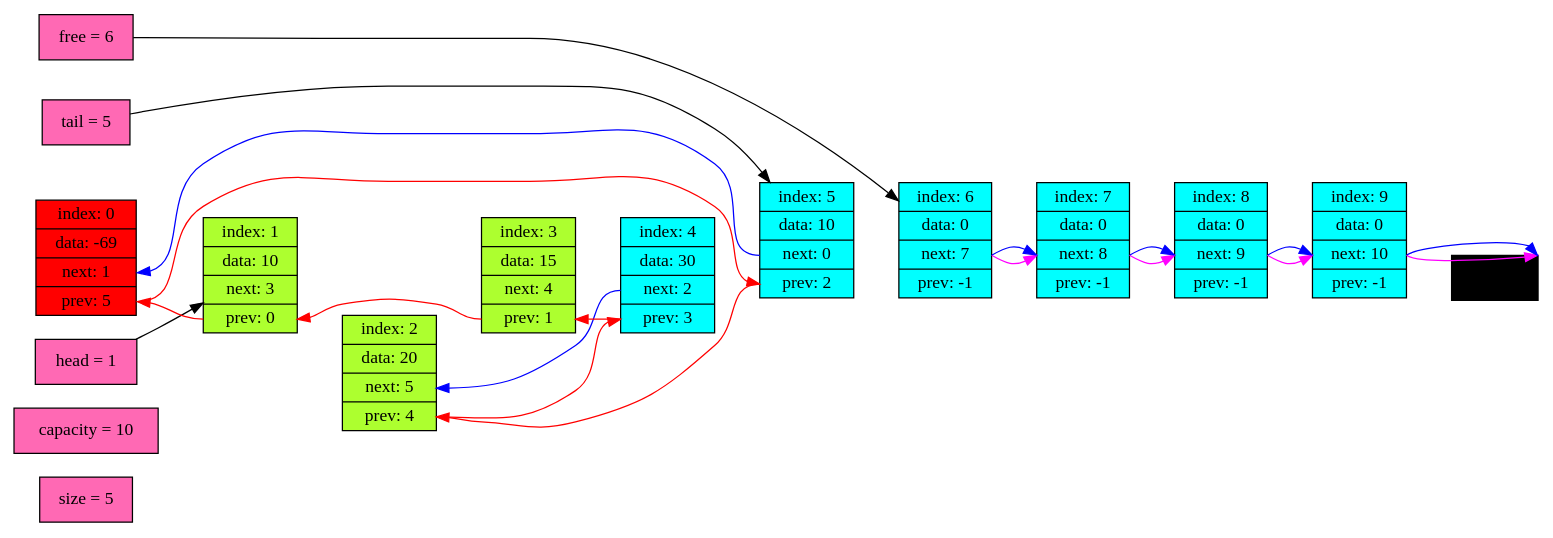
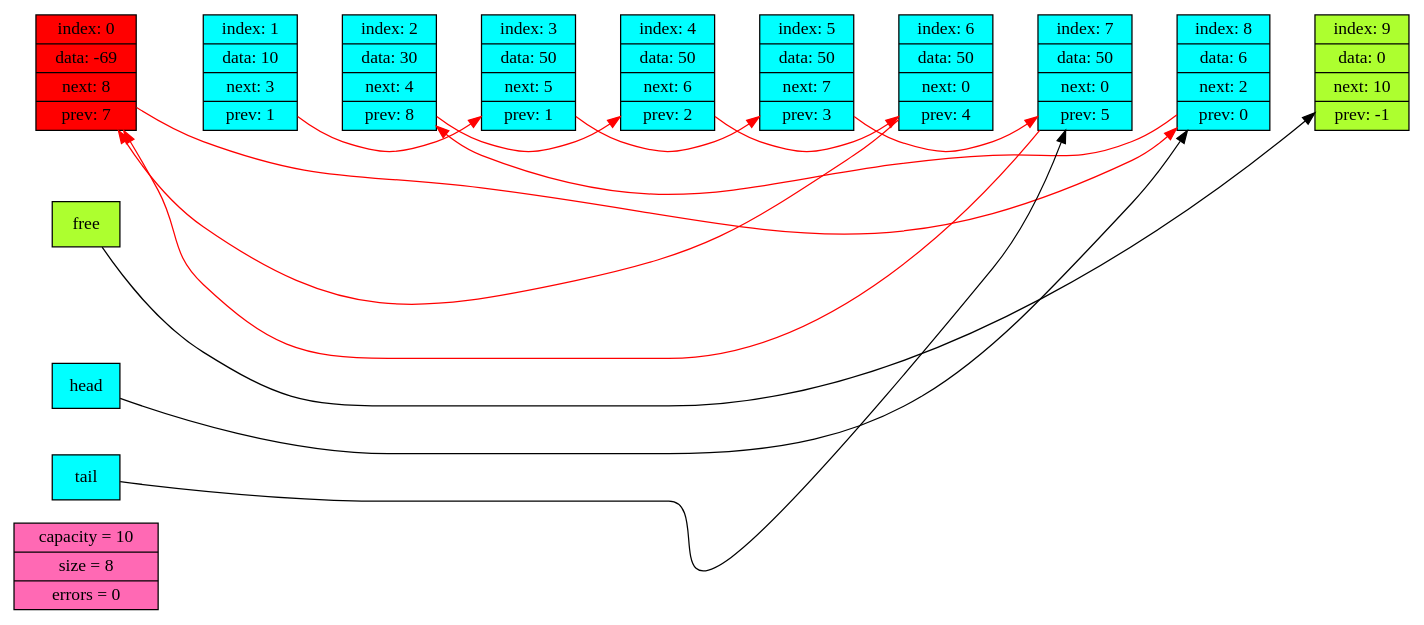
Before and after one commit to egor7531/List: the diagram in Dump.dot, drawn with Graphviz. The commit also changed 5 other files, not shown here.

Commit message:
change graphic dump and add verificator

```diff
--- a/Dump.dot
+++ b/Dump.dot
@@ -1,51 +1,33 @@
 digraph G
 {
 rankdir = LR;
 node [style = "filled", shape = "record", color = "#000000"];
-size [fillcolor = "#FF69B4", label = " size = 5 "];
-capacity [fillcolor = "#FF69B4", label = " capacity = 10 "];
-free [fillcolor = "#FF69B4", label = " free = 6 "];
-head [fillcolor = "#FF69B4", label = " head = 1 "];
-tail [fillcolor = "#FF69B4", label = " tail = 5 "];
-node0 [fillcolor = "#FF0000" label =  " index: 0 | data: -69 | <next> next: 1 | <prev> prev: 5 "];
-node1 [fillcolor = "#ADFF2F", label =  " index: 1 | data: 10 | <next> next: 3 | <prev> prev: 0 "];
-node2 [fillcolor = "#ADFF2F", label =  " index: 2 | data: 20 | <next> next: 5 | <prev> prev: 4 "];
-node3 [fillcolor = "#ADFF2F", label =  " index: 3 | data: 15 | <next> next: 4 | <prev> prev: 1 "];
-node4 [fillcolor = "#00FFFF", label =  " index: 4 | data: 30 | <next> next: 2 | <prev> prev: 3 "];
-node5 [fillcolor = "#00FFFF", label =  " index: 5 | data: 10 | <next> next: 0 | <prev> prev: 2 "];
-node6 [fillcolor = "#00FFFF", label =  " index: 6 | data: 0 | <next> next: 7 | <prev> prev: -1 "];
-node7 [fillcolor = "#00FFFF", label =  " index: 7 | data: 0 | <next> next: 8 | <prev> prev: -1 "];
-node8 [fillcolor = "#00FFFF", label =  " index: 8 | data: 0 | <next> next: 9 | <prev> prev: -1 "];
-node9 [fillcolor = "#00FFFF", label =  " index: 9 | data: 0 | <next> next: 10 | <prev> prev: -1 "];
-edge [style = "invis"];
-node0 -> node1;
-node1 -> node2;
-node2 -> node3;
-node3 -> node4;
-node4 -> node5;
-node5 -> node6;
-node6 -> node7;
-node7 -> node8;
-node8 -> node9;
-edge [style = "solid"];
-node9 :<next> -> node10 :<next> [color = "#FF00FF"];
-node8 :<next> -> node9 :<next> [color = "#FF00FF"];
-node7 :<next> -> node8 :<next> [color = "#FF00FF"];
-node6 :<next> -> node7 :<next> [color = "#FF00FF"];
-node5 :<prev> -> node2 :<prev> [color = "#FF0000"];
-node4 :<next> -> node2 :<next> [color = "#0000FF"];
-node4 :<prev> -> node3 :<prev> [color = "#FF0000"];
-node5 :<next> -> node0 :<next> [color = "#0000FF"];
-node3 :<prev> -> node1 :<prev> [color = "#FF0000"];
-node6 :<next> -> node7 :<next> [color = "#0000FF"];
-node2 :<prev> -> node4 :<prev> [color = "#FF0000"];
-node7 :<next> -> node8 :<next> [color = "#0000FF"];
-node1 :<prev> -> node0 :<prev> [color = "#FF0000"];
-node8 :<next> -> node9 :<next> [color = "#0000FF"];
-node0 :<prev> -> node5 :<prev> [color = "#FF0000"];
-node9 :<next> -> node10 :<next> [color = "#0000FF"];
-edge [color = "#000000", constraint = false];
-free -> node6;
-head -> node1;
-tail -> node5;
+info [fillcolor = "#FF69B4", label =  " capacity = 10 | size = 8 | errors = 0 "];
+node0 -> node1 -> node2 -> node3 -> node4 -> node5 -> node6 -> node7 -> node8 -> node9 [style = "invis"];
+free [shape = "rect" fillcolor = "#ADFF2F"];
+head [shape = "rect" fillcolor = "#00FFFF"];
+tail [shape = "rect" fillcolor = "#00FFFF"];
+node0 [fillcolor = "#FF0000", label =  " index: 0 | data: -69 | <next> next: 8 | <prev> prev: 7 "];
+node1 [fillcolor = "#00FFFF", label =  " index: 1 | data: 10 | <next> next: 3 | <prev> prev: 1 "];
+node2 [fillcolor = "#00FFFF", label =  " index: 2 | data: 30 | <next> next: 4 | <prev> prev: 8 "];
+node3 [fillcolor = "#00FFFF", label =  " index: 3 | data: 50 | <next> next: 5 | <prev> prev: 1 "];
+node4 [fillcolor = "#00FFFF", label =  " index: 4 | data: 50 | <next> next: 6 | <prev> prev: 2 "];
+node5 [fillcolor = "#00FFFF", label =  " index: 5 | data: 50 | <next> next: 7 | <prev> prev: 3 "];
+node6 [fillcolor = "#00FFFF", label =  " index: 6 | data: 50 | <next> next: 0 | <prev> prev: 4 "];
+node7 [fillcolor = "#00FFFF", label =  " index: 7 | data: 50 | <next> next: 0 | <prev> prev: 5 "];
+node8 [fillcolor = "#00FFFF", label =  " index: 8 | data: 6 | <next> next: 2 | <prev> prev: 0 "];
+node9 [fillcolor = "#ADFF2F", label =  " index: 9 | data: 0 | <next> next: 10 | <prev> prev: -1 "];
+edge [style = "solid", constraint = false];
+free -> node9 [color = "#000000"];
+head -> node8 [color = "#000000"];
+tail -> node7 [color = "#000000"];
+node0 -> node8 [color = "#FF0000"];
+node1 -> node3 [color = "#FF0000"];
+node2 -> node4 [color = "#FF0000"];
+node3 -> node5 [color = "#FF0000"];
+node4 -> node6 [color = "#FF0000"];
+node5 -> node7 [color = "#FF0000"];
+node6 -> node0 [color = "#FF0000"];
+node7 -> node0 [color = "#FF0000"];
+node8 -> node2 [color = "#FF0000"];
 }
```
